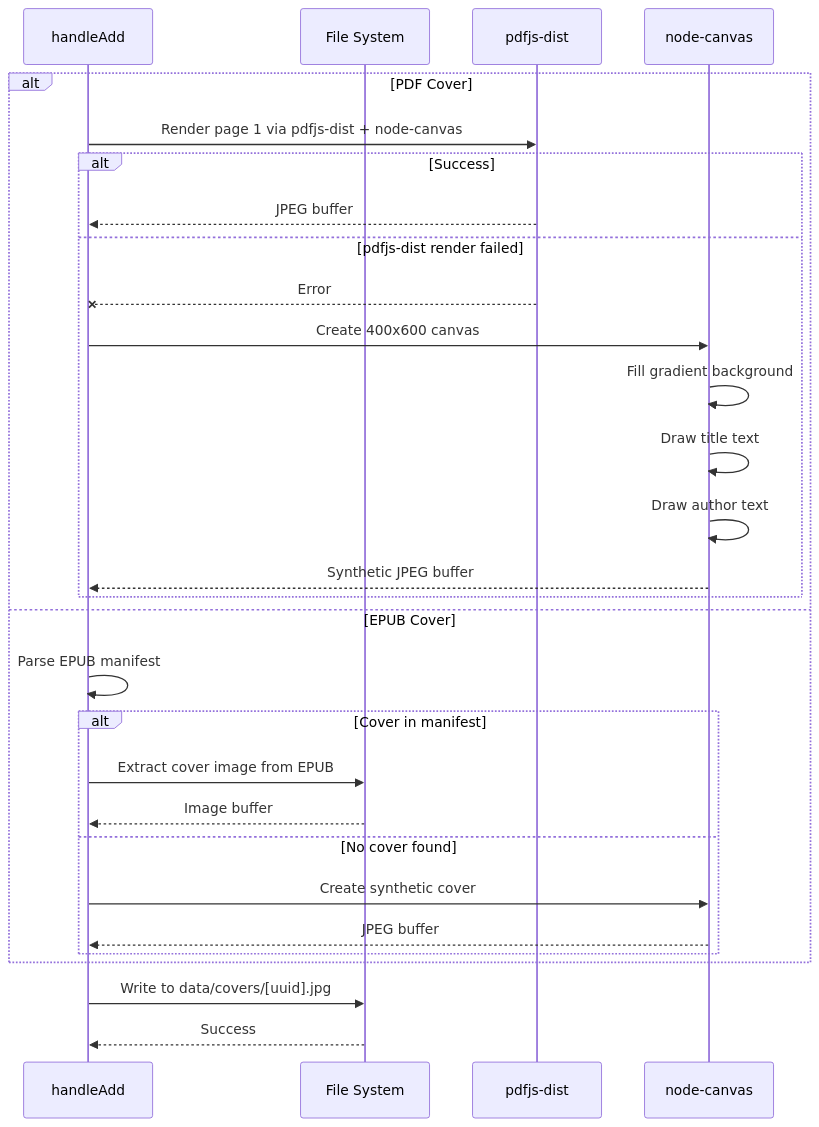
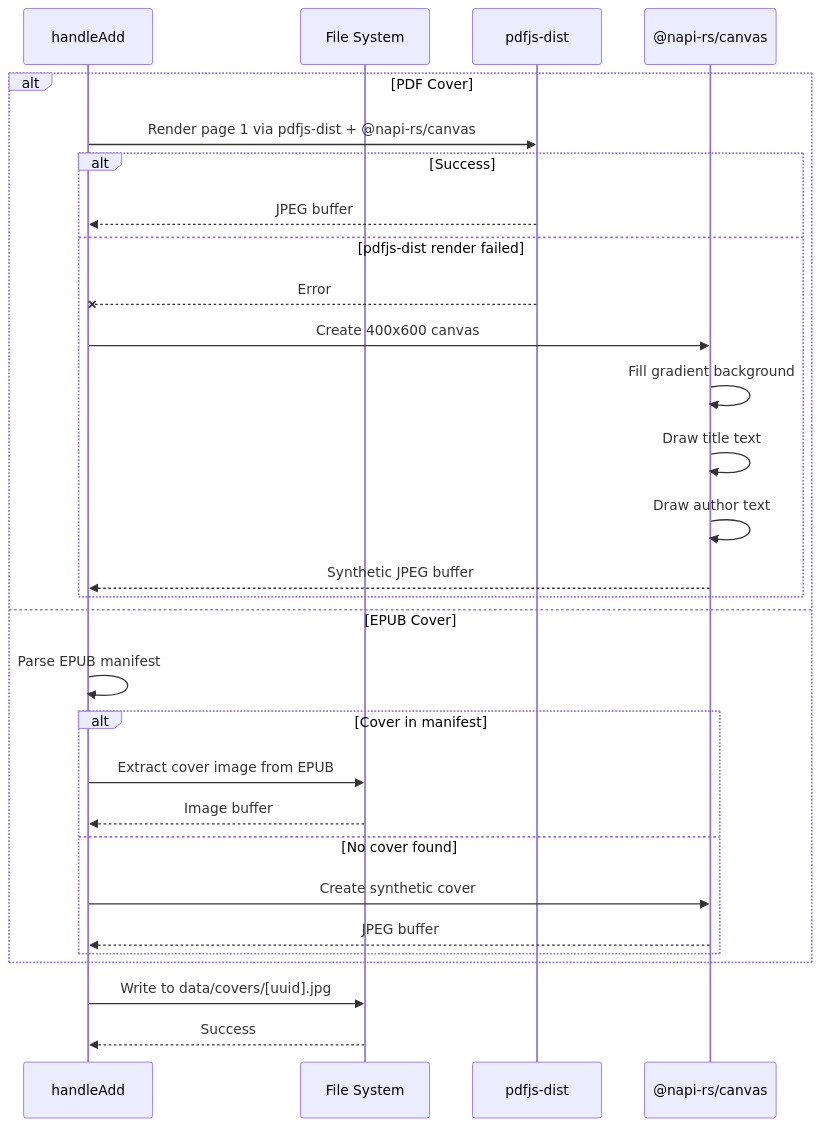
One commit to jamesacklin/alex changed the eighth of 10 diagrams in docs/design/sequence-diagrams.md. Above: the diagram before and after it, drawn with Mermaid. The commit also changed other lines of this file and 4 other files, not shown here.

````diff
--- a/docs/design/sequence-diagrams.md
+++ b/docs/design/sequence-diagrams.md
@@ -416,33 +416,33 @@
 ```mermaid
 sequenceDiagram
     participant Handler as handleAdd
     participant FS as File System
     participant PdfJs as pdfjs-dist
-    participant Canvas as node-canvas
+    participant Canvas as @napi-rs/canvas
 
     alt PDF Cover
-        Handler->>PdfJs: Render page 1 via pdfjs-dist + node-canvas
+        Handler->>PdfJs: Render page 1 via pdfjs-dist + @napi-rs/canvas
         alt Success
             PdfJs-->>Handler: JPEG buffer
         else pdfjs-dist render failed
             PdfJs--xHandler: Error
             Handler->>Canvas: Create 400x600 canvas
             Canvas->>Canvas: Fill gradient background
             Canvas->>Canvas: Draw title text
             Canvas->>Canvas: Draw author text
             Canvas-->>Handler: Synthetic JPEG buffer
         end
     else EPUB Cover
         Handler->>Handler: Parse EPUB manifest
         alt Cover in manifest
             Handler->>FS: Extract cover image from EPUB
             FS-->>Handler: Image buffer
         else No cover found
             Handler->>Canvas: Create synthetic cover
             Canvas-->>Handler: JPEG buffer
         end
     end
 
     Handler->>FS: Write to data/covers/[uuid].jpg
     FS-->>Handler: Success
 ```
````
